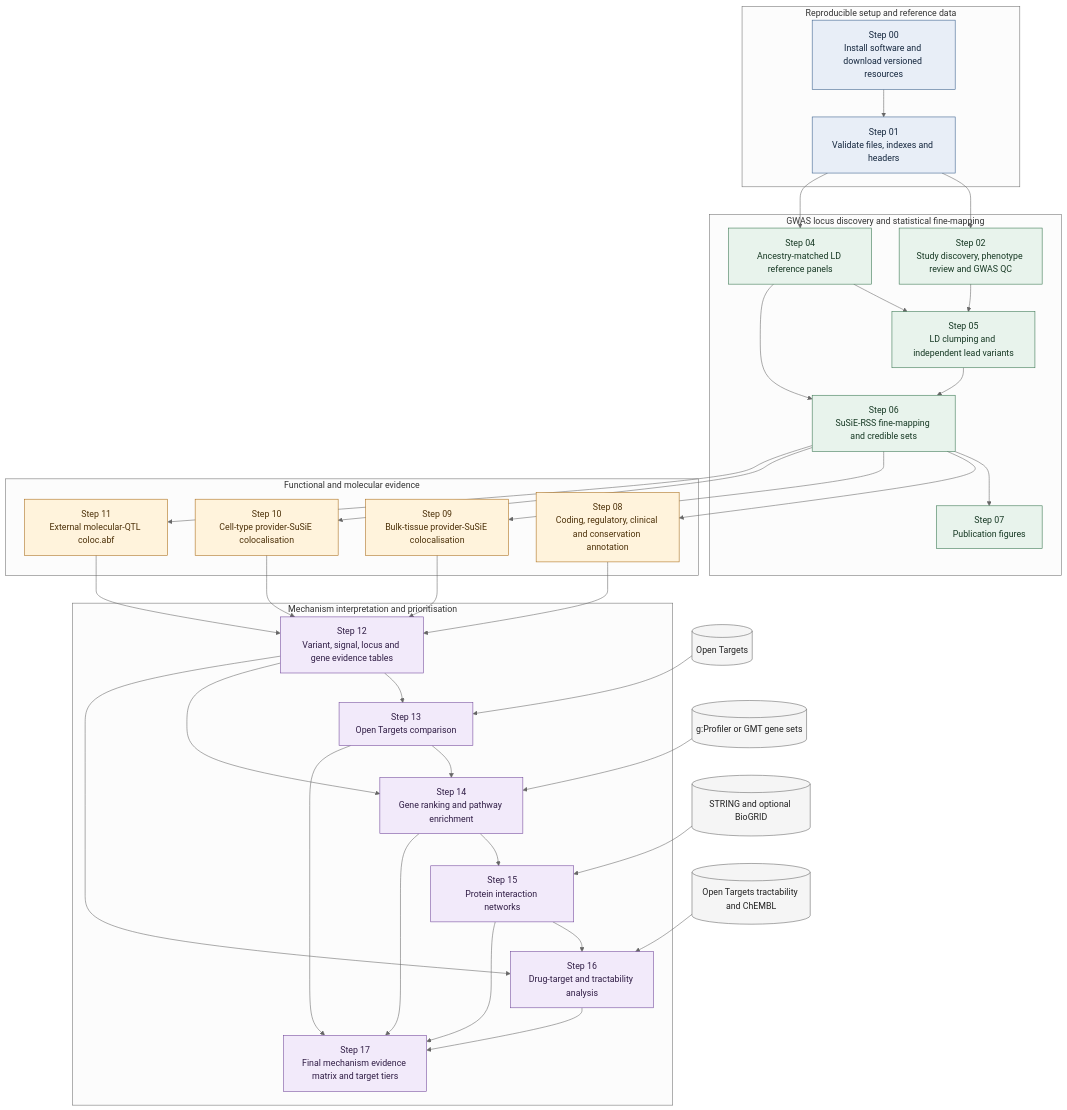
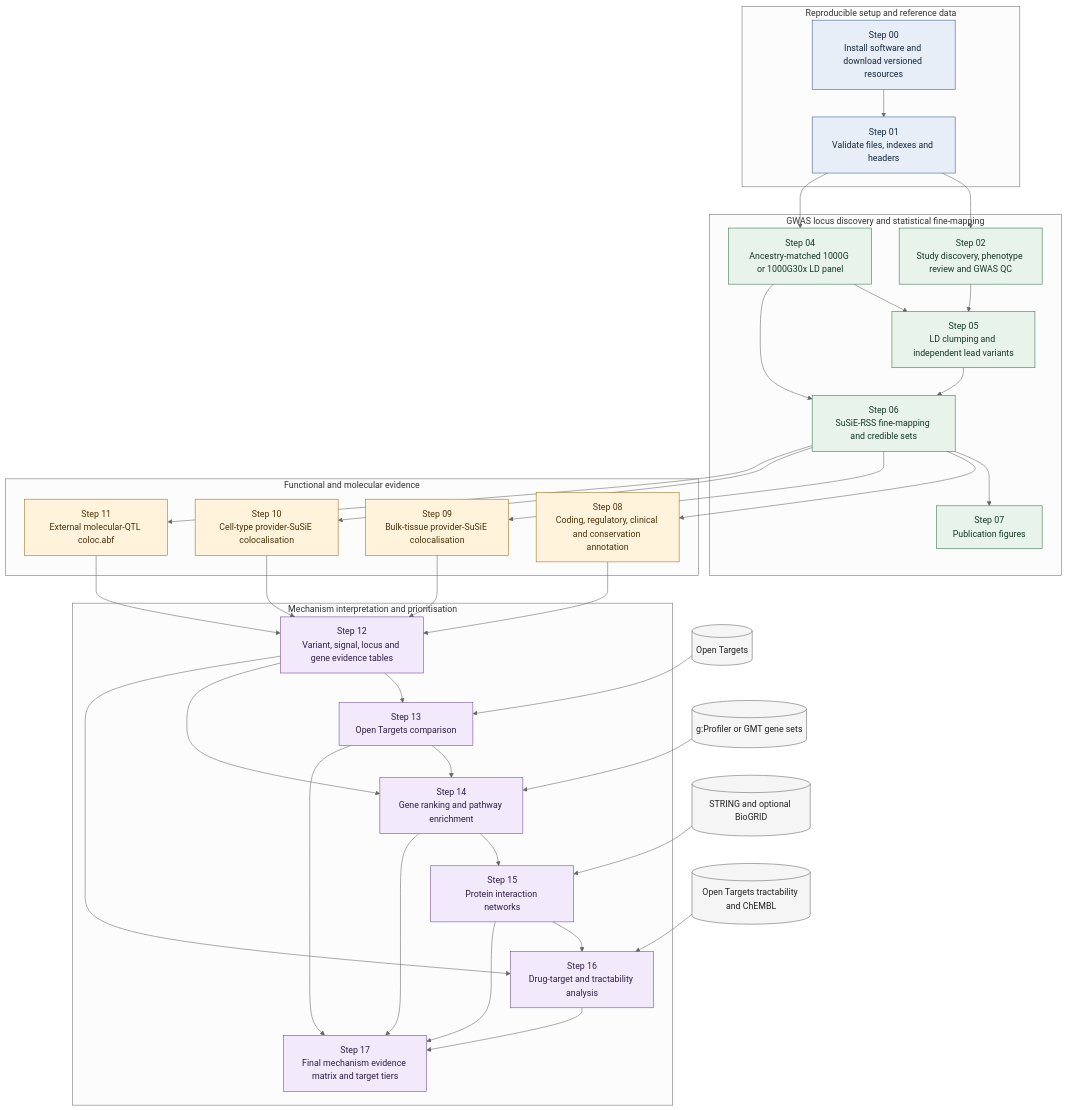
Before and after one commit to MuhammadMuneeb007/gwas2mech: the diagram in README.md, drawn with Mermaid (neutral theme). The commit also changed other lines of this file, not shown here.

````diff
--- a/README.md
+++ b/README.md
@@ -14,72 +14,72 @@
 ```mermaid
 flowchart TB
     subgraph SETUP["Reproducible setup and reference data"]
         S00["Step 00<br/>Install software and download versioned resources"]
         S01["Step 01<br/>Validate files, indexes and headers"]
         S00 --> S01
     end
 
     subgraph GWAS["GWAS locus discovery and statistical fine-mapping"]
         S02["Step 02<br/>Study discovery, phenotype review and GWAS QC"]
-        S04["Step 04<br/>Ancestry-matched LD reference panels"]
+        S04["Step 04<br/>Ancestry-matched 1000G or 1000G30x LD panel"]
         S05["Step 05<br/>LD clumping and independent lead variants"]
         S06["Step 06<br/>SuSiE-RSS fine-mapping and credible sets"]
         S07["Step 07<br/>Publication figures"]
         S02 --> S05 --> S06 --> S07
         S04 --> S05
         S04 --> S06
     end
 
     subgraph FUNCTION["Functional and molecular evidence"]
         S08["Step 08<br/>Coding, regulatory, clinical and conservation annotation"]
         S09["Step 09<br/>Bulk-tissue provider-SuSiE colocalisation"]
         S10["Step 10<br/>Cell-type provider-SuSiE colocalisation"]
         S11["Step 11<br/>External molecular-QTL coloc.abf"]
     end
 
     subgraph INTERPRET["Mechanism interpretation and prioritisation"]
         S12["Step 12<br/>Variant, signal, locus and gene evidence tables"]
         S13["Step 13<br/>Open Targets comparison"]
         S14["Step 14<br/>Gene ranking and pathway enrichment"]
         S15["Step 15<br/>Protein interaction networks"]
         S16["Step 16<br/>Drug-target and tractability analysis"]
         S17["Step 17<br/>Final mechanism evidence matrix and target tiers"]
         S12 --> S13 --> S14 --> S15 --> S16 --> S17
         S12 --> S14
         S12 --> S16
         S13 --> S17
         S14 --> S17
         S15 --> S17
     end
 
     S01 --> S02
     S01 --> S04
     S06 --> S08
     S06 --> S09
     S06 --> S10
     S06 --> S11
     S08 --> S12
     S09 --> S12
     S10 --> S12
     S11 --> S12
 
     OT[("Open Targets")]
     PATH[("g:Profiler or GMT gene sets")]
     PPI[("STRING and optional BioGRID")]
     DRUG[("Open Targets tractability and ChEMBL")]
     OT --> S13
     PATH --> S14
     PPI --> S15
     DRUG --> S16
 
     classDef setup fill:#e8eef7,stroke:#355c8a,color:#14263d;
     classDef statistical fill:#e8f3ec,stroke:#34734d,color:#163823;
     classDef evidence fill:#fff3dc,stroke:#a96b16,color:#4d3109;
     classDef integration fill:#f2eafa,stroke:#70459a,color:#301d45;
     classDef external fill:#f5f5f5,stroke:#666,color:#222;
     class S00,S01 setup;
     class S02,S04,S05,S06,S07 statistical;
     class S08,S09,S10,S11 evidence;
     class S12,S13,S14,S15,S16,S17 integration;
     class OT,PATH,PPI,DRUG external;
 ```
````
